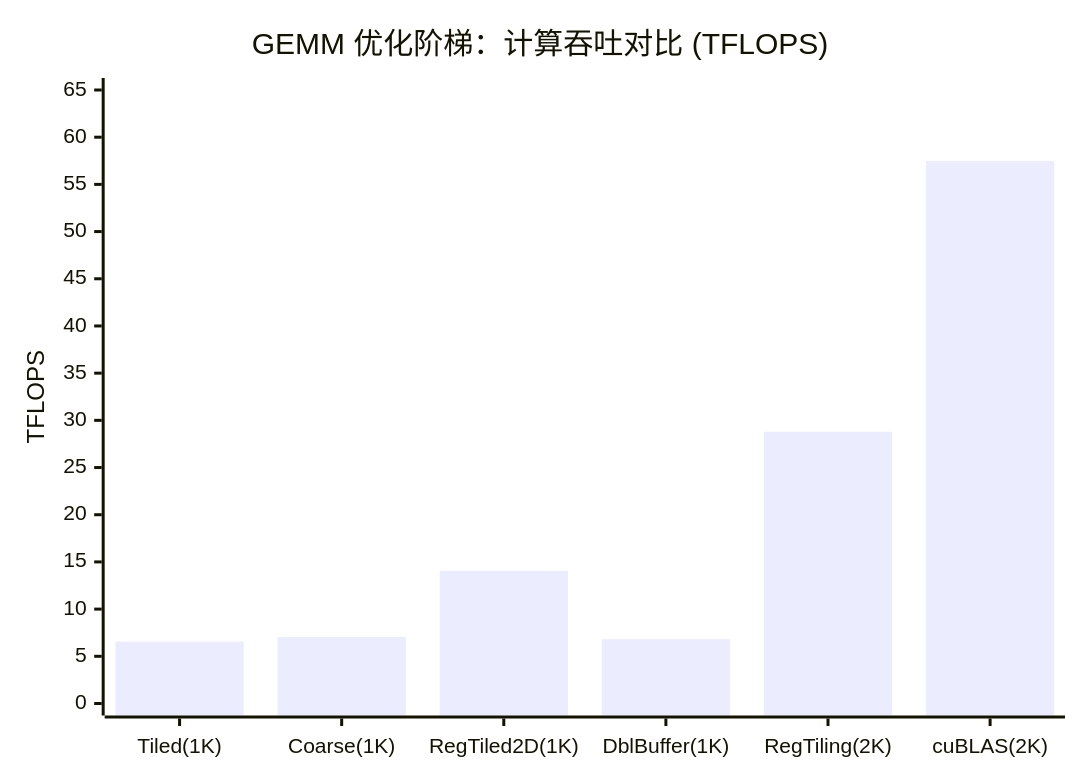
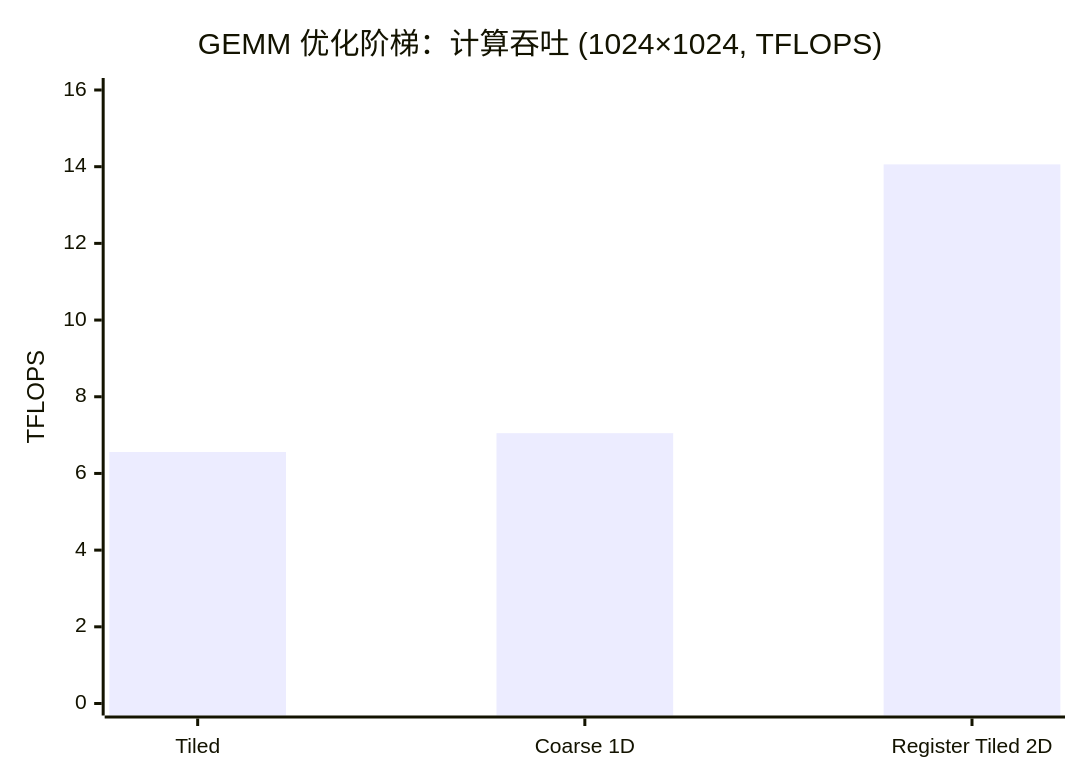
The second of 2 diagrams in Blogs/CUDA实践-04-矩阵乘优化与寄存器分块.md (psmarter/CUDA-Practice), drawn with Mermaid before and after one commit. The commit also changed other lines of this file and 13 other files, not shown here.

````diff
--- a/Blogs/CUDA实践-04-矩阵乘优化与寄存器分块.md
+++ b/Blogs/CUDA实践-04-矩阵乘优化与寄存器分块.md
@@ -245,7 +256,7 @@
 ```mermaid
 xychart-beta
-  title "GEMM 优化阶梯：计算吞吐对比 (TFLOPS)"
-  x-axis ["Tiled(1K)", "Coarse(1K)", "RegTiled2D(1K)", "DblBuffer(1K)", "RegTiling(2K)", "cuBLAS(2K)"]
-  y-axis "TFLOPS" 0 --> 65
-  bar [6.56, 7.05, 14.06, 6.82, 28.79, 57.49]
+  title "GEMM 优化阶梯：计算吞吐 (1024×1024, TFLOPS)"
+  x-axis ["Tiled", "Coarse 1D", "Register Tiled 2D"]
+  y-axis "TFLOPS" 0 --> 16
+  bar [6.56, 7.05, 14.06]
 ```
````
